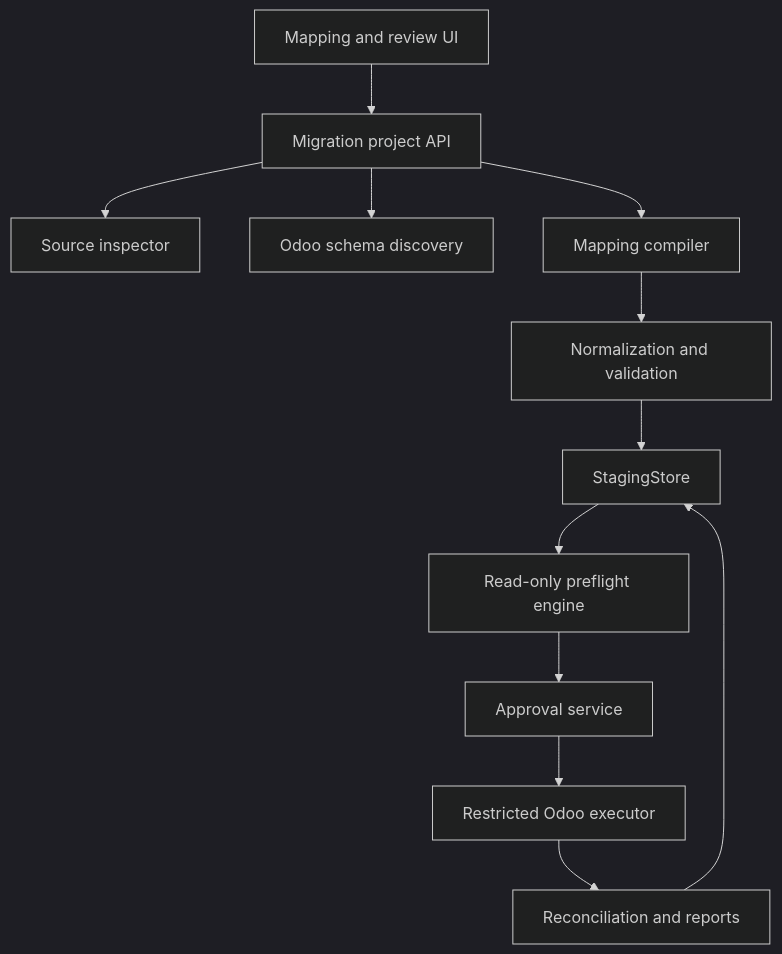
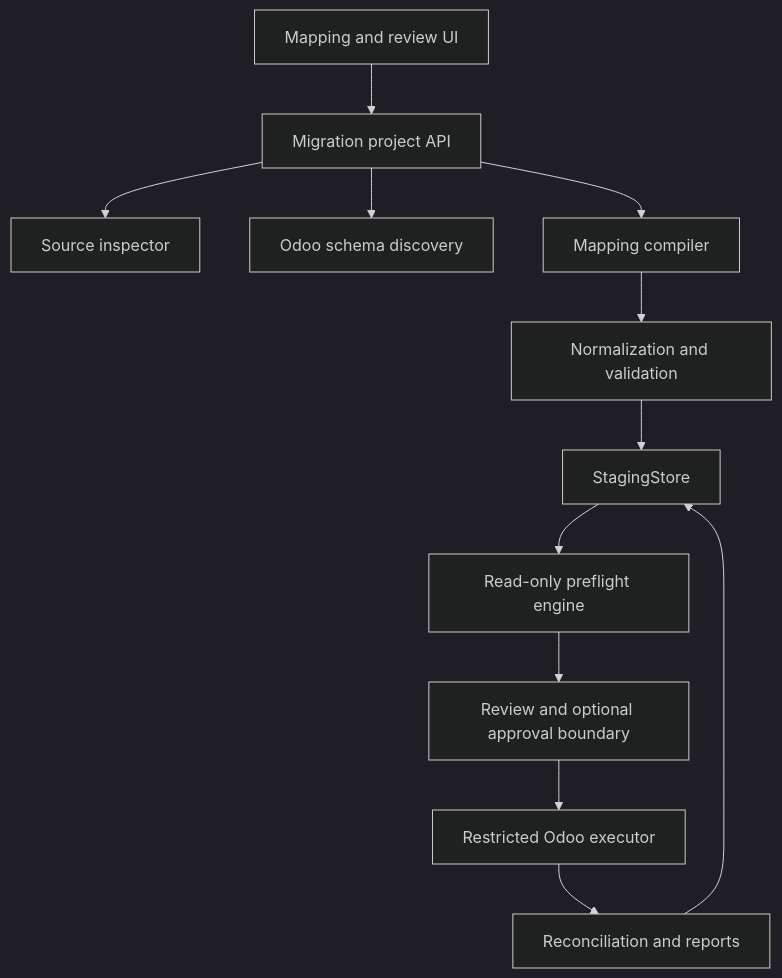
The second of 2 diagrams in docs/product-vision.md (fderyckel/dev-impodo), drawn with Mermaid (dark theme) before and after one commit. The commit also changed other lines of this file and 1 other file, not shown here.

````diff
--- a/docs/product-vision.md
+++ b/docs/product-vision.md
@@ -511,26 +527,26 @@
 ```mermaid
 flowchart TB
     UI["Mapping and review UI"]
     API["Migration project API"]
     Source["Source inspector"]
     Schema["Odoo schema discovery"]
     Mapping["Mapping compiler"]
     Quality["Normalization and validation"]
     Store["StagingStore"]
     Preflight["Read-only preflight engine"]
-    Approval["Approval service"]
+    Review["Review and optional approval boundary"]
     Executor["Restricted Odoo executor"]
     Reconcile["Reconciliation and reports"]
 
     UI --> API
     API --> Source
     API --> Schema
     API --> Mapping
     Mapping --> Quality
     Quality --> Store
     Store --> Preflight
-    Preflight --> Approval
-    Approval --> Executor
+    Preflight --> Review
+    Review --> Executor
     Executor --> Reconcile
     Reconcile --> Store
 ```
````
